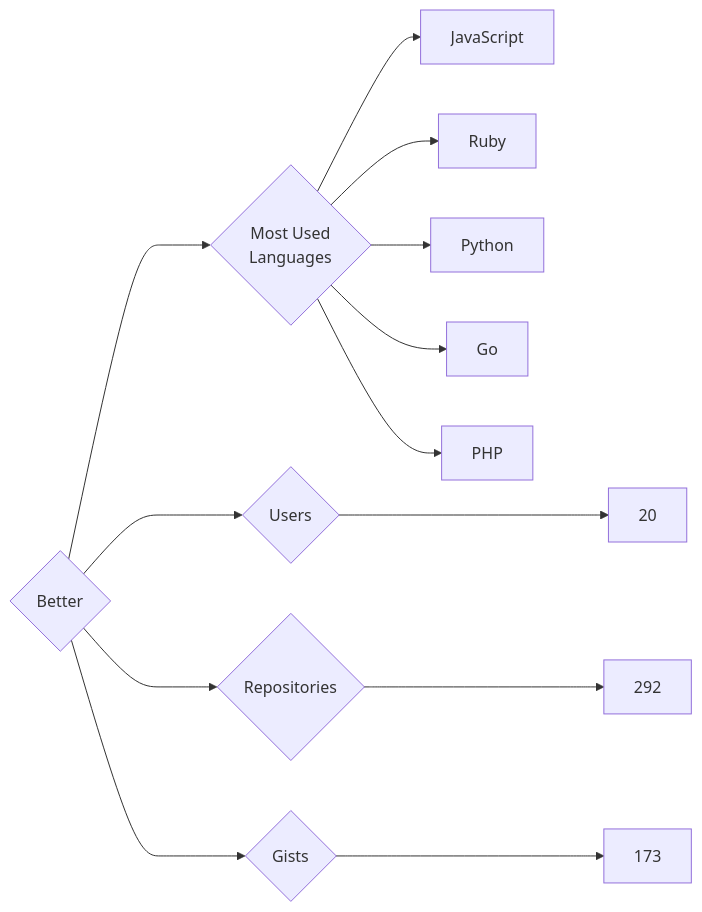
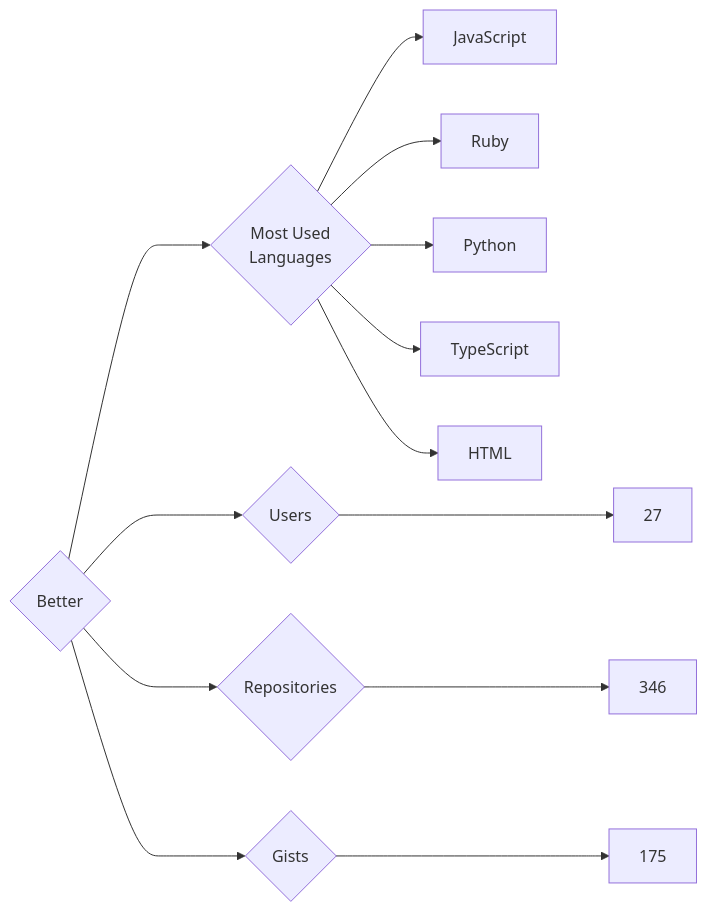
Before and after one commit to trickest/insiders: the diagram in targets/Better/README.md, drawn with Mermaid. The commit also changed 924 other files, not shown here.

````diff
--- a/targets/Better/README.md
+++ b/targets/Better/README.md
@@ -3,13 +3,13 @@
 ```mermaid
 graph LR
 COMPANY_NAME{Better}
-COMPANY_NAME ---> U{Users} ---> UN[20]
-COMPANY_NAME ---> R{Repositories} ---> RN[292]
-COMPANY_NAME ---> G{Gists} ---> GN[173]
+COMPANY_NAME ---> U{Users} ---> UN[27]
+COMPANY_NAME ---> R{Repositories} ---> RN[346]
+COMPANY_NAME ---> G{Gists} ---> GN[175]
 COMPANY_NAME ---> ML{Most Used<br>Languages}
 ML --> JavaScript[JavaScript]
 ML --> Ruby[Ruby]
 ML --> Python[Python]
-ML --> Go[Go]
-ML --> PHP[PHP]
+ML --> TypeScript[TypeScript]
+ML --> HTML[HTML]
 ```
````
